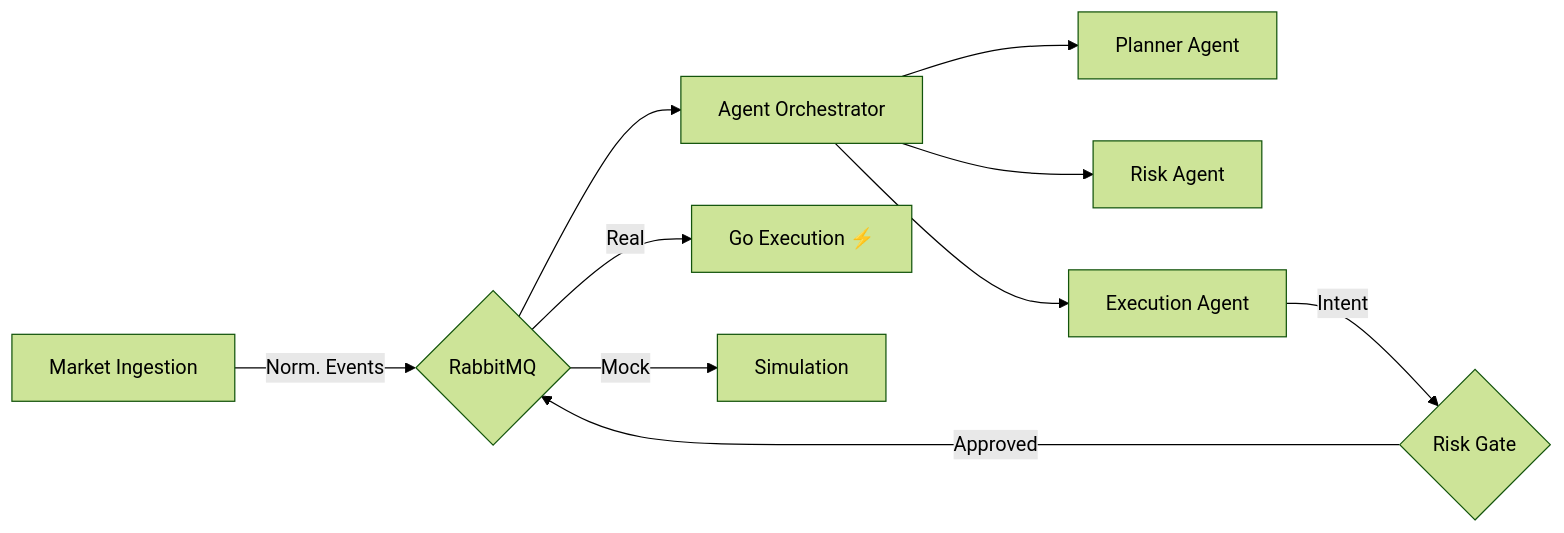
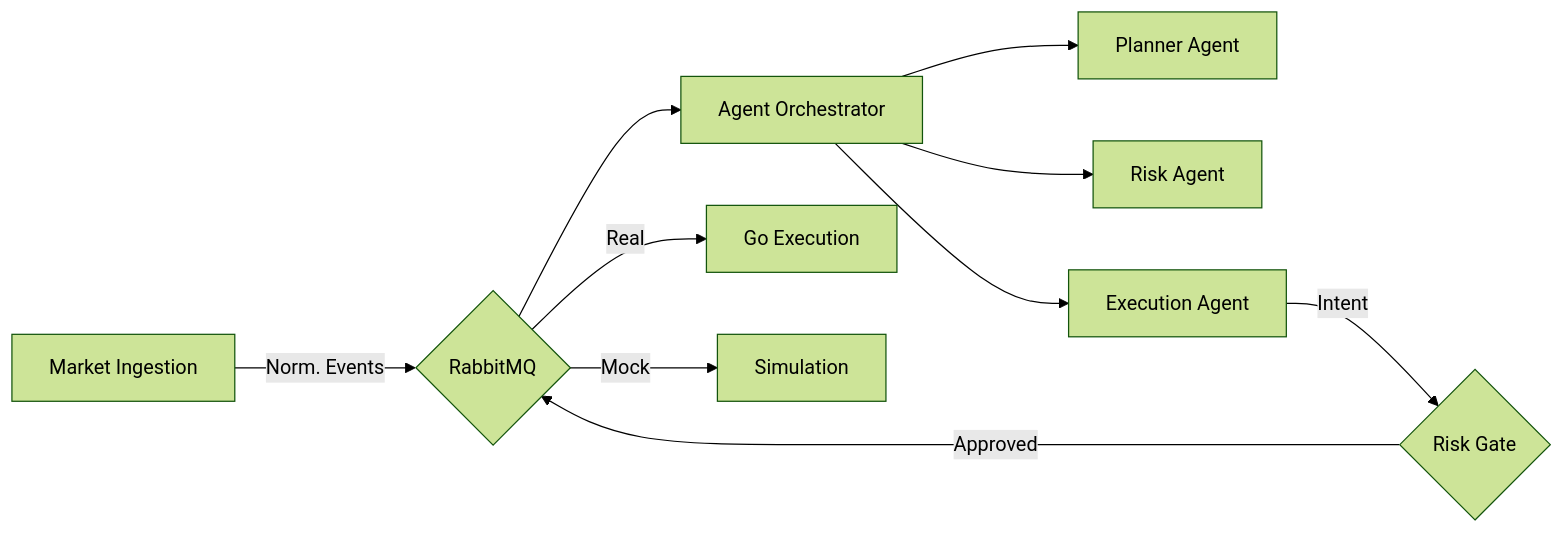
The first of 2 diagrams in README.md (kaiqiangh/openTrader), drawn with Mermaid (forest theme) before and after one commit. The commit also changed other lines of this file and 3 other files, not shown here.

````diff
--- a/README.md
+++ b/README.md
@@ -44,12 +61,12 @@
 ```mermaid
 flowchart LR
     Ingest[Market Ingestion] -->|Norm. Events| Bus{RabbitMQ}
     Bus --> Orchestrator[Agent Orchestrator]
     Orchestrator --> Plan[Planner Agent]
     Orchestrator --> Risk[Risk Agent]
     Orchestrator --> ExecDecision[Execution Agent]
     ExecDecision -->|Intent| Gate{Risk Gate}
     Gate -->|Approved| Bus
-    Bus -->|Real| GoEngine[Go Execution ⚡]
+    Bus -->|Real| GoEngine[Go Execution]
     Bus -->|Mock| SimEngine[Simulation]
 ```
````
